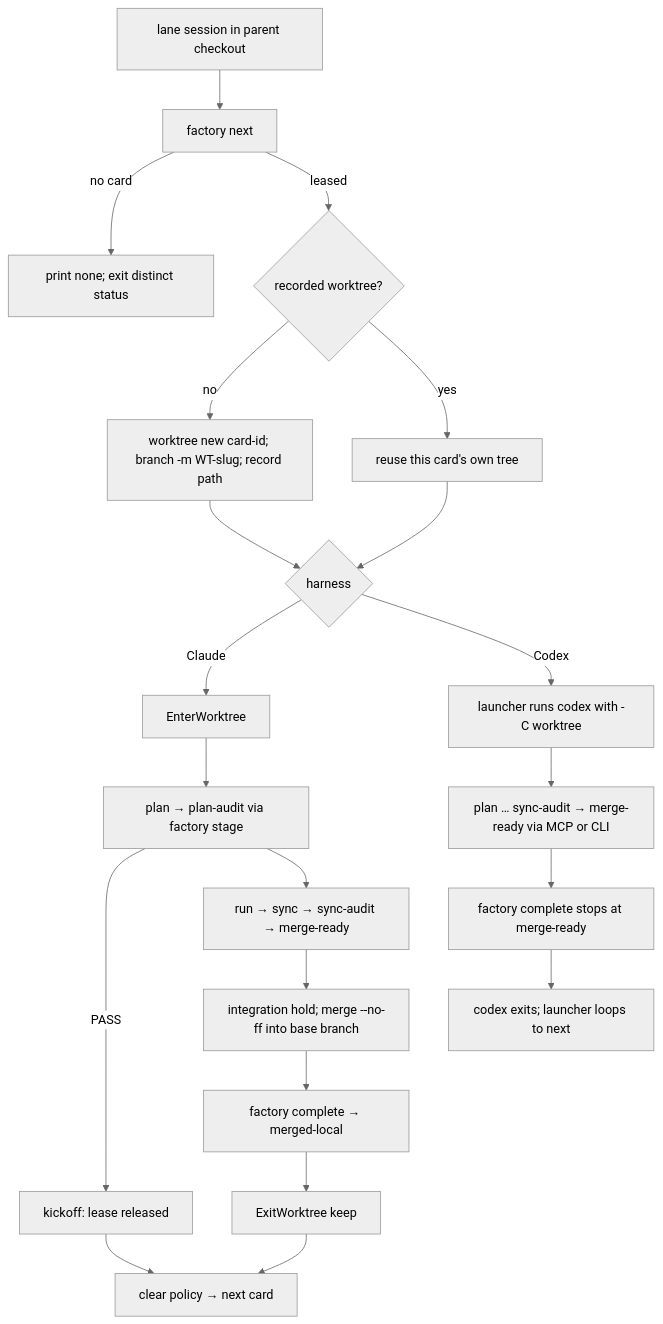
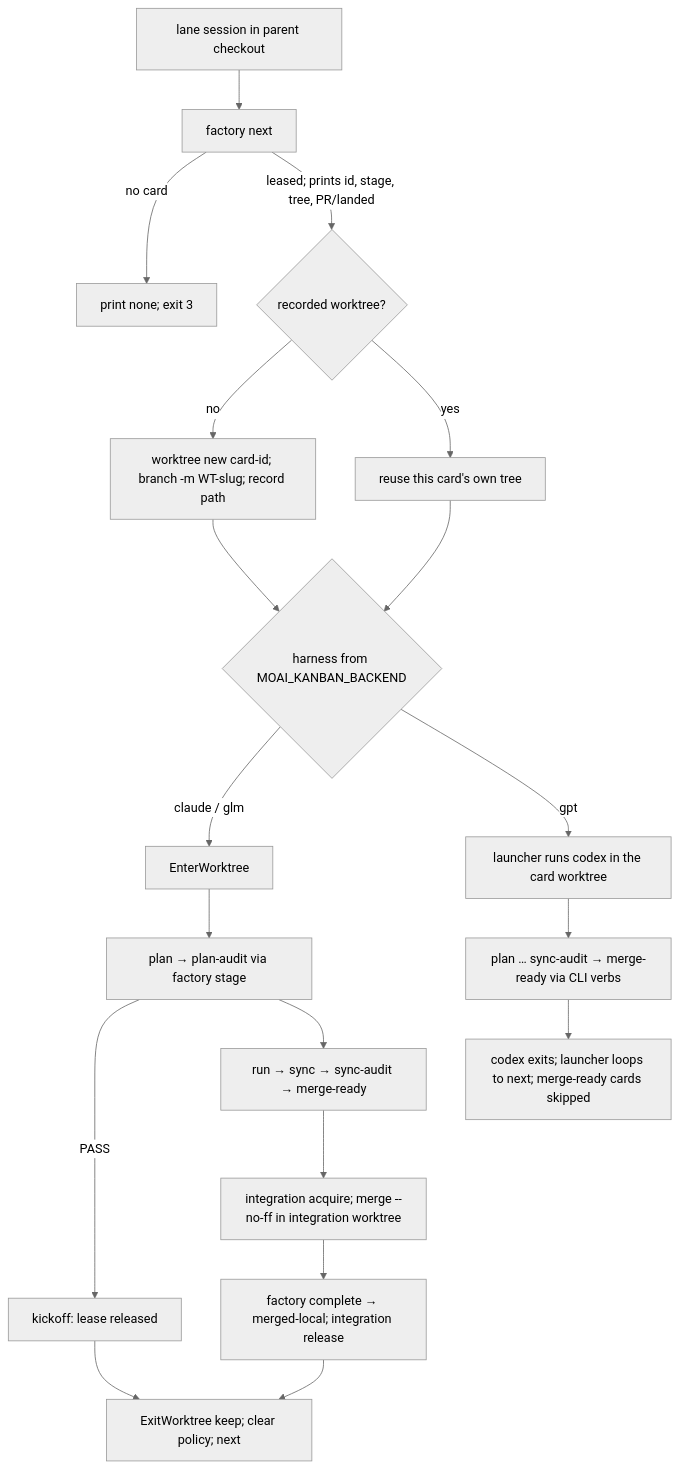
Before and after one commit to modu-ai/moai-adk: the diagram in .moai/specs/SPEC-FACTORY-SELF-DISPATCH-001/design.md, drawn with Mermaid (neutral theme). The commit also changed other lines of this file and 5 other files, not shown here.

First line of the commit message:
docs(SPEC-FACTORY-SELF-DISPATCH-001): resolve plan-audit iteration 1 findings (t1240)

````diff
--- a/.moai/specs/SPEC-FACTORY-SELF-DISPATCH-001/design.md
+++ b/.moai/specs/SPEC-FACTORY-SELF-DISPATCH-001/design.md
@@ -27,23 +29,21 @@
 ```mermaid
 flowchart TD
   A[lane session in parent checkout] --> B[factory next]
-  B -->|no card| Z[print none; exit distinct status]
-  B -->|leased| C{recorded worktree?}
+  B -->|no card| Z[print none; exit 3]
+  B -->|leased; prints id, stage, tree, PR/landed| C{recorded worktree?}
   C -->|no| D[worktree new card-id; branch -m WT-slug; record path]
   C -->|yes| E[reuse this card's own tree]
-  D --> F{harness}
+  D --> F{harness from MOAI_KANBAN_BACKEND}
   E --> F
-  F -->|Claude| G[EnterWorktree]
+  F -->|claude / glm| G[EnterWorktree]
   G --> H[plan → plan-audit via factory stage]
   H -->|PASS| K[kickoff: lease released]
-  K --> Q[clear policy → next card]
+  K --> Q[ExitWorktree keep; clear policy; next]
   H --> R[run → sync → sync-audit → merge-ready]
-  R --> S[integration hold; merge --no-ff into base branch]
-  S --> T[factory complete → merged-local]
-  T --> U[ExitWorktree keep]
-  U --> Q
-  F -->|Codex| V[launcher runs codex with -C worktree]
-  V --> W[plan … sync-audit → merge-ready via MCP or CLI]
-  W --> X[factory complete stops at merge-ready]
-  X --> Y[codex exits; launcher loops to next]
+  R --> S[integration acquire; merge --no-ff in integration worktree]
+  S --> T[factory complete → merged-local; integration release]
+  T --> Q
+  F -->|gpt| V[launcher runs codex in the card worktree]
+  V --> W[plan … sync-audit → merge-ready via CLI verbs]
+  W --> X[codex exits; launcher loops to next; merge-ready cards skipped]
 ```
````
